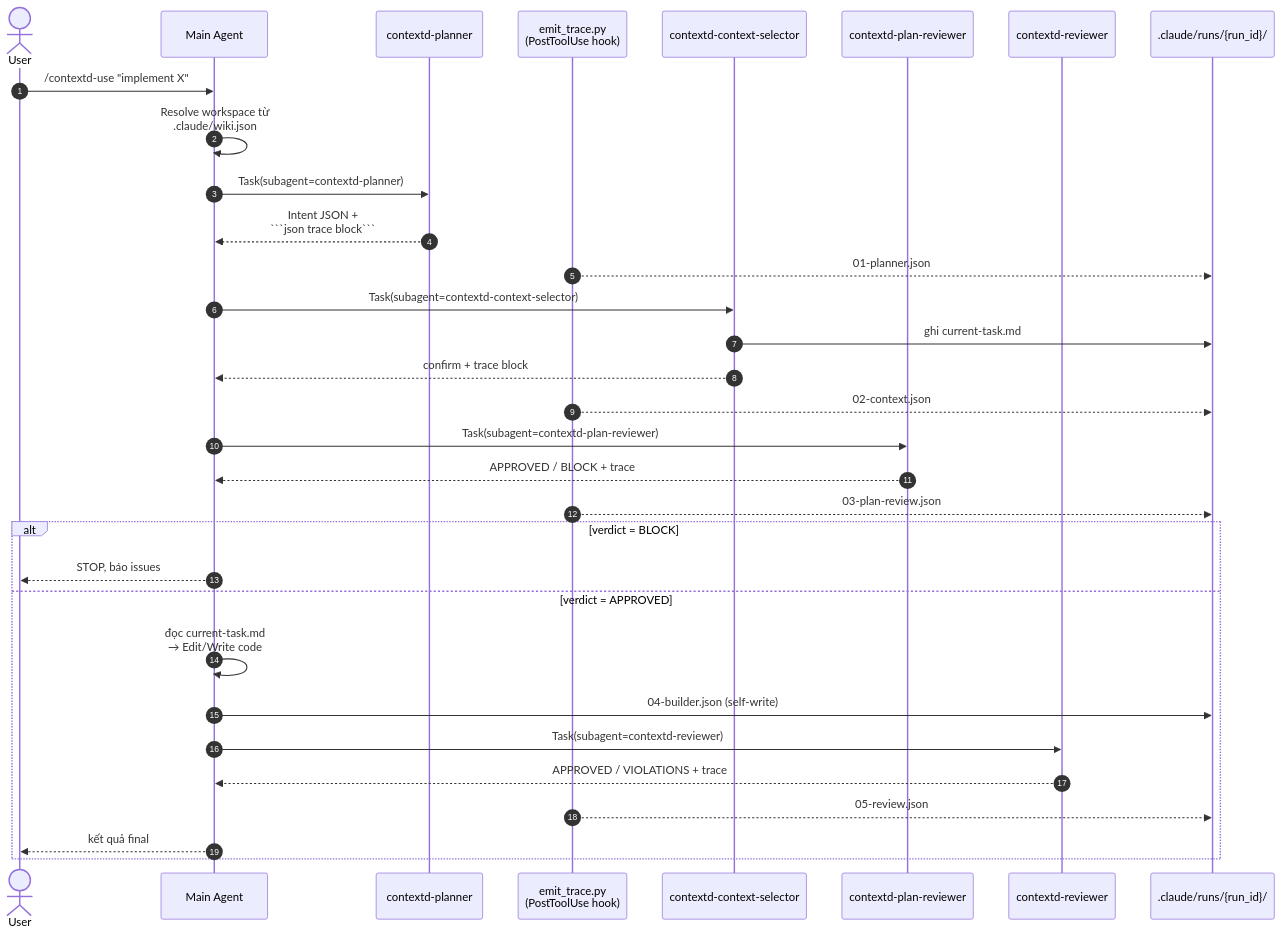
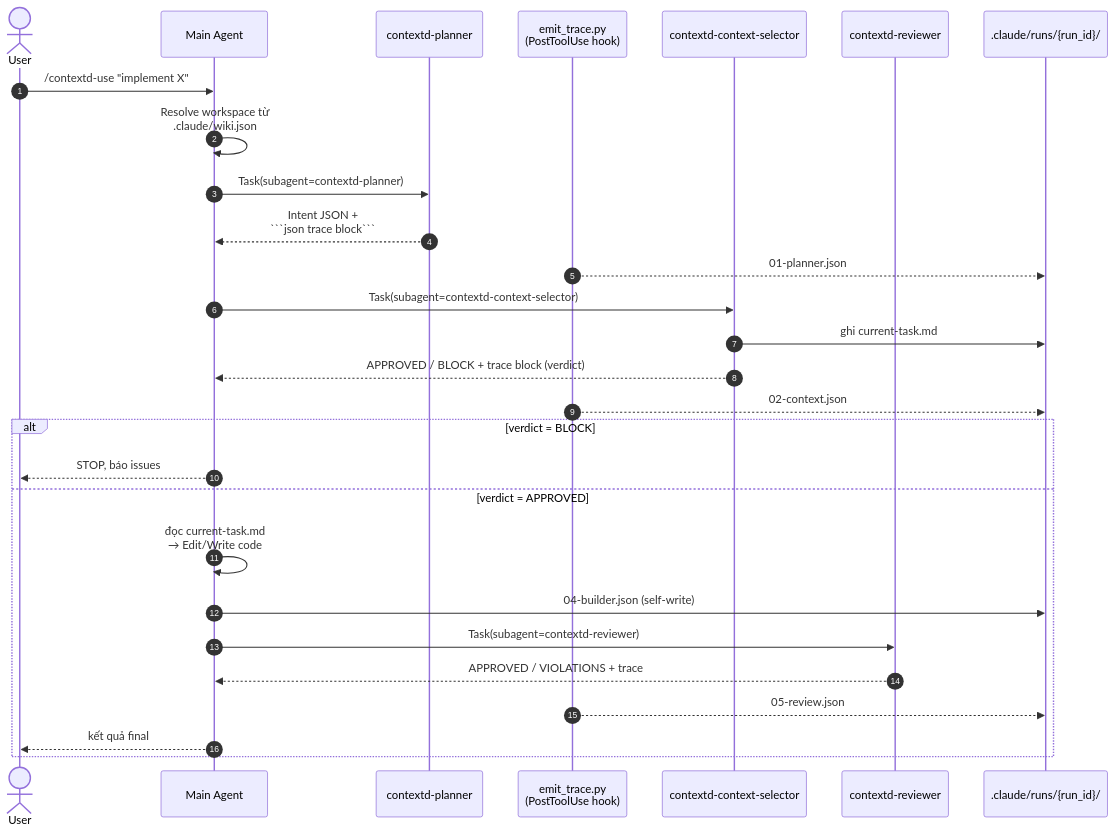
One commit to tanphuc16797/contextd changed the first of 2 diagrams in agents/pipeline/PIPELINE-VISUAL.md. Above: the diagram before and after it, drawn with Mermaid. The commit also changed other lines of this file and 64 other files, not shown here.

````diff
--- a/agents/pipeline/PIPELINE-VISUAL.md
+++ b/agents/pipeline/PIPELINE-VISUAL.md
@@ -23,35 +22,31 @@
 ```mermaid
 sequenceDiagram
     autonumber
     actor U as User
     participant M as Main Agent
     participant P as contextd-planner
     participant H as emit_trace.py<br/>(PostToolUse hook)
     participant CS as contextd-context-selector
-    participant PR as contextd-plan-reviewer
     participant R as contextd-reviewer
     participant FS as .claude/runs/{run_id}/
 
     U->>M: /contextd-use "implement X"
     M->>M: Resolve workspace từ<br/>.claude/wiki.json
     M->>P: Task(subagent=contextd-planner)
     P-->>M: Intent JSON +<br/>```json trace block```
     H-->>FS: 01-planner.json
     M->>CS: Task(subagent=contextd-context-selector)
     CS->>FS: ghi current-task.md
-    CS-->>M: confirm + trace block
+    CS-->>M: APPROVED / BLOCK + trace block (verdict)
     H-->>FS: 02-context.json
-    M->>PR: Task(subagent=contextd-plan-reviewer)
-    PR-->>M: APPROVED / BLOCK + trace
-    H-->>FS: 03-plan-review.json
     alt verdict = BLOCK
         M-->>U: STOP, báo issues
     else verdict = APPROVED
         M->>M: đọc current-task.md<br/>→ Edit/Write code
         M->>FS: 04-builder.json (self-write)
         M->>R: Task(subagent=contextd-reviewer)
         R-->>M: APPROVED / VIOLATIONS + trace
         H-->>FS: 05-review.json
         M-->>U: kết quả final
     end
 ```
````
